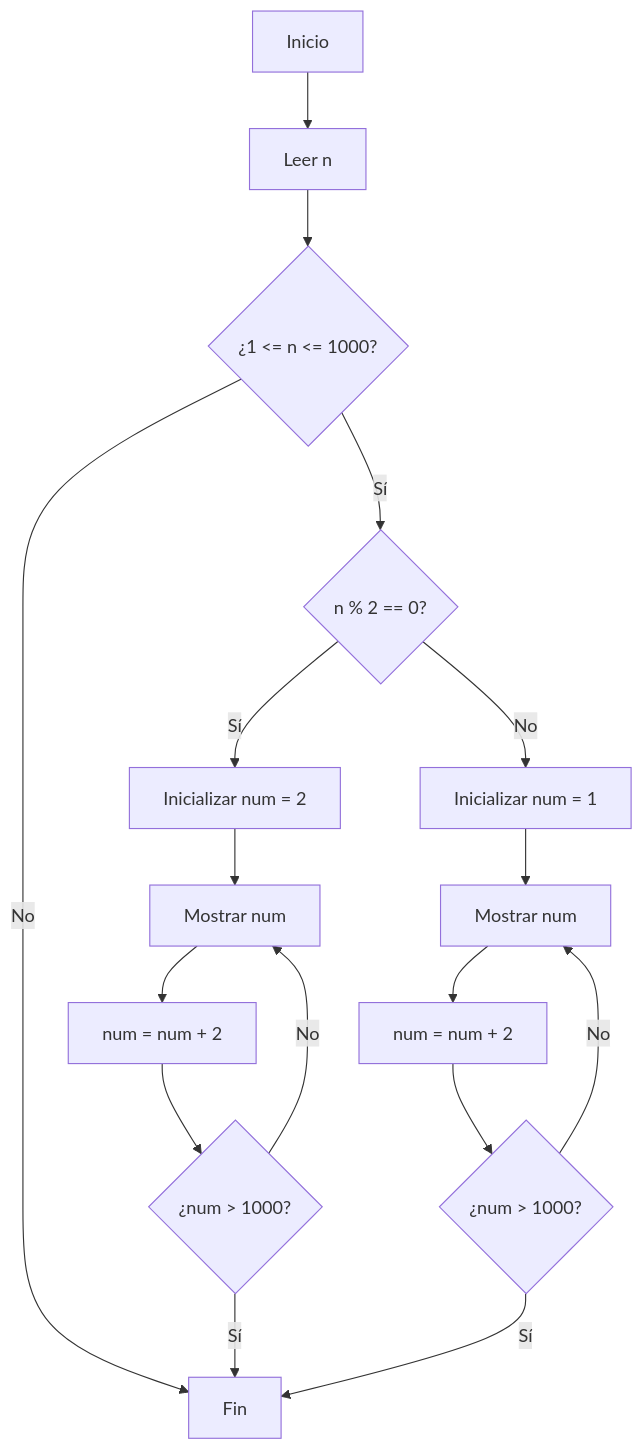
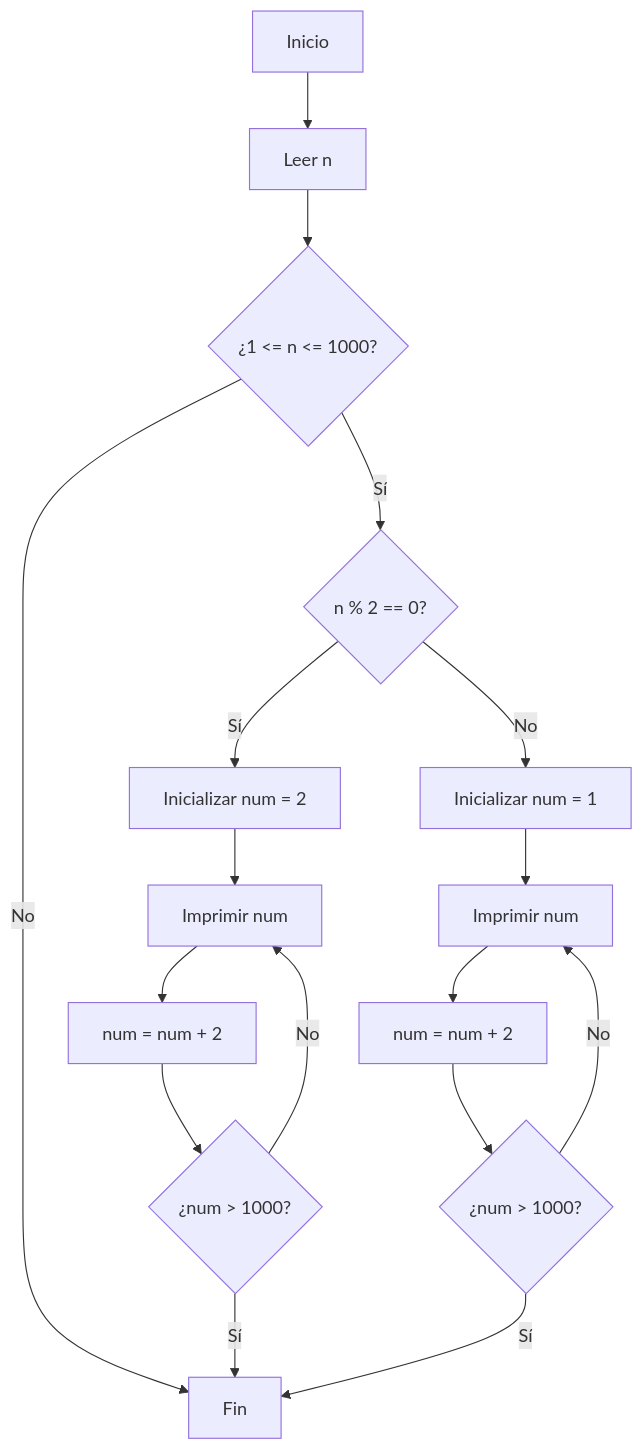
One commit to tiago2309/RETO_06 changed the second of 3 diagrams in README.md. Above: the diagram before and after it, drawn with Mermaid.

````diff
--- a/README.md
+++ b/README.md
@@ -22,25 +22,25 @@
 ```mermaid
 flowchart TD
     A["Inicio"] --> B["Leer n"]
     B --> C{"¿1 <= n <= 1000?"}
     C -- No --> Z["Fin"]
     C -- Sí --> D{"n % 2 == 0?"}
     
     D -- Sí --> E["Inicializar num = 2"]
     D -- No --> F["Inicializar num = 1"]
 
-    E --> G["Mostrar num"]
+    E --> G["Imprimir num"]
     G --> H["num = num + 2"]
     H --> I{"¿num > 1000?"}
     I -- No --> G
     I -- Sí --> Z
 
-    F --> J["Mostrar num"]
+    F --> J["Imprimir num"]
     J --> K["num = num + 2"]
     K --> L{"¿num > 1000?"}
     L -- No --> J
     L -- Sí --> Z
 
     Z["Fin"]
 
 ```
````
